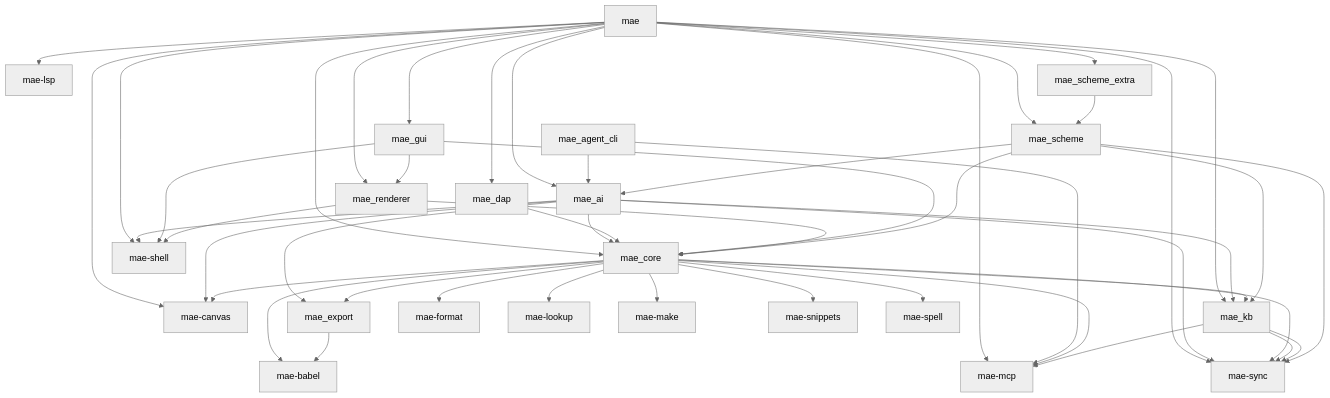
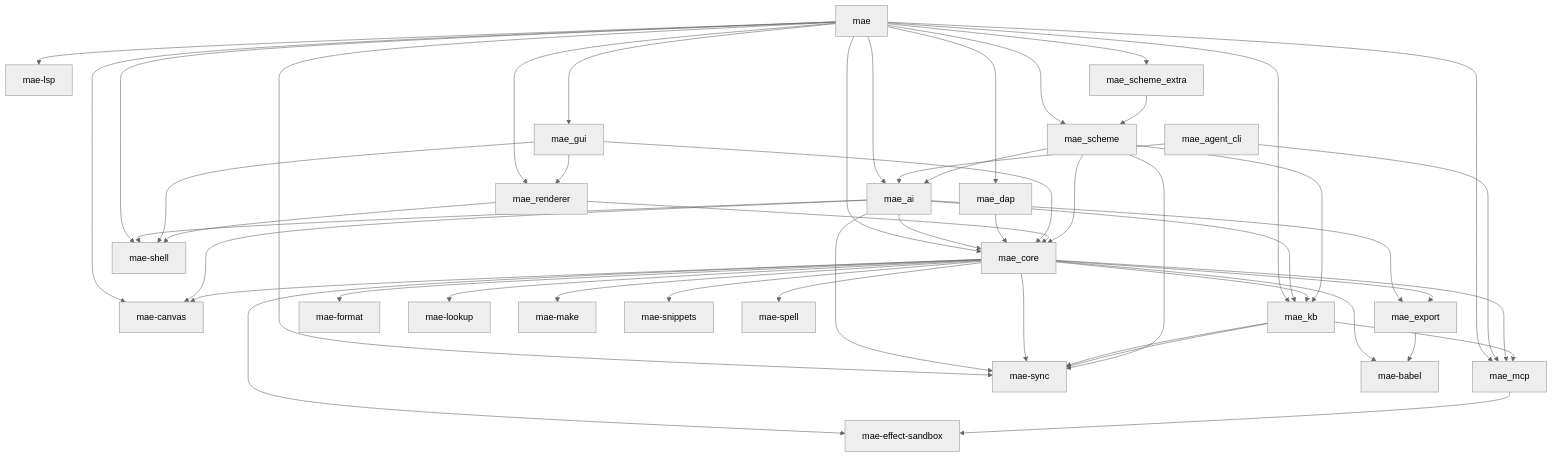
One commit to cuttlefisch/mae changed the diagram in docs/CODE_MAP.md. Above: the diagram before and after it, drawn with Mermaid (neutral theme). The commit also changed other lines of this file and 15 other files, not shown here.

````diff
--- a/docs/CODE_MAP.md
+++ b/docs/CODE_MAP.md
@@ -7,61 +7,63 @@
 ```mermaid
 graph TD
     mae --> mae_ai
     mae --> mae_canvas
     mae --> mae_core
     mae --> mae_dap
     mae --> mae_gui
     mae --> mae_kb
     mae --> mae_lsp
     mae --> mae_mcp
     mae --> mae_renderer
     mae --> mae_scheme
     mae --> mae_scheme_extra
     mae --> mae_shell
     mae --> mae_sync
     mae_agent_cli --> mae_ai
     mae_agent_cli --> mae_mcp
     mae_ai --> mae_canvas
     mae_ai --> mae_core
     mae_ai --> mae_export
     mae_ai --> mae_kb
     mae_ai --> mae_shell
     mae_ai --> mae_sync
     mae_babel[mae-babel]
     mae_canvas[mae-canvas]
     mae_core --> mae_babel
     mae_core --> mae_canvas
+    mae_core --> mae_effect_sandbox
     mae_core --> mae_export
     mae_core --> mae_format
     mae_core --> mae_kb
     mae_core --> mae_lookup
     mae_core --> mae_make
     mae_core --> mae_snippets
     mae_core --> mae_spell
     mae_core --> mae_sync
     mae_core --> mae_mcp
     mae_dap --> mae_core
+    mae_effect_sandbox[mae-effect-sandbox]
     mae_export --> mae_babel
     mae_format[mae-format]
     mae_gui --> mae_core
     mae_gui --> mae_renderer
     mae_gui --> mae_shell
     mae_kb --> mae_mcp
     mae_kb --> mae_sync
     mae_kb --> mae_sync
     mae_lookup[mae-lookup]
     mae_lsp[mae-lsp]
     mae_make[mae-make]
-    mae_mcp[mae-mcp]
+    mae_mcp --> mae_effect_sandbox
     mae_renderer --> mae_core
     mae_renderer --> mae_shell
     mae_scheme --> mae_ai
     mae_scheme --> mae_core
     mae_scheme --> mae_kb
     mae_scheme --> mae_sync
     mae_scheme_extra --> mae_scheme
     mae_shell[mae-shell]
     mae_snippets[mae-snippets]
     mae_spell[mae-spell]
     mae_sync[mae-sync]
 ```
````
